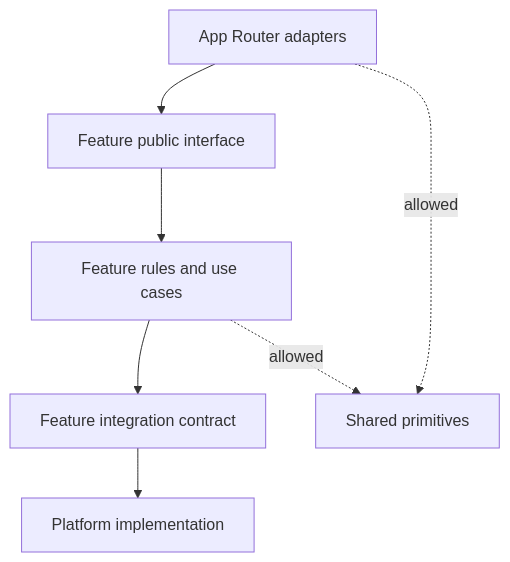
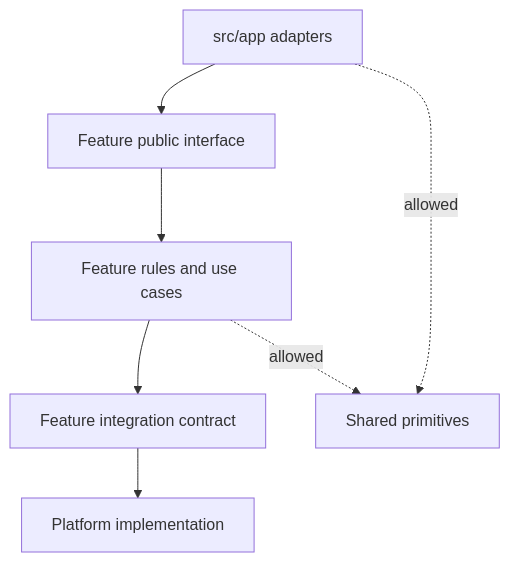
One commit to ishk-sftckz/RFAStack changed the diagram in docs/concepts.md. Above: the diagram before and after it, drawn with Mermaid. The commit also changed other lines of this file and 15 other files, not shown here.

````diff
--- a/docs/concepts.md
+++ b/docs/concepts.md
@@ -53,9 +53,9 @@
 ```mermaid
 flowchart TD
-  App[App Router adapters] --> Public[Feature public interface]
+  App[src/app adapters] --> Public[Feature public interface]
   Public --> Rule[Feature rules and use cases]
   Rule --> Port[Feature integration contract]
   Port --> Platform[Platform implementation]
   App -. allowed .-> Shared[Shared primitives]
   Rule -. allowed .-> Shared
 ```
````
